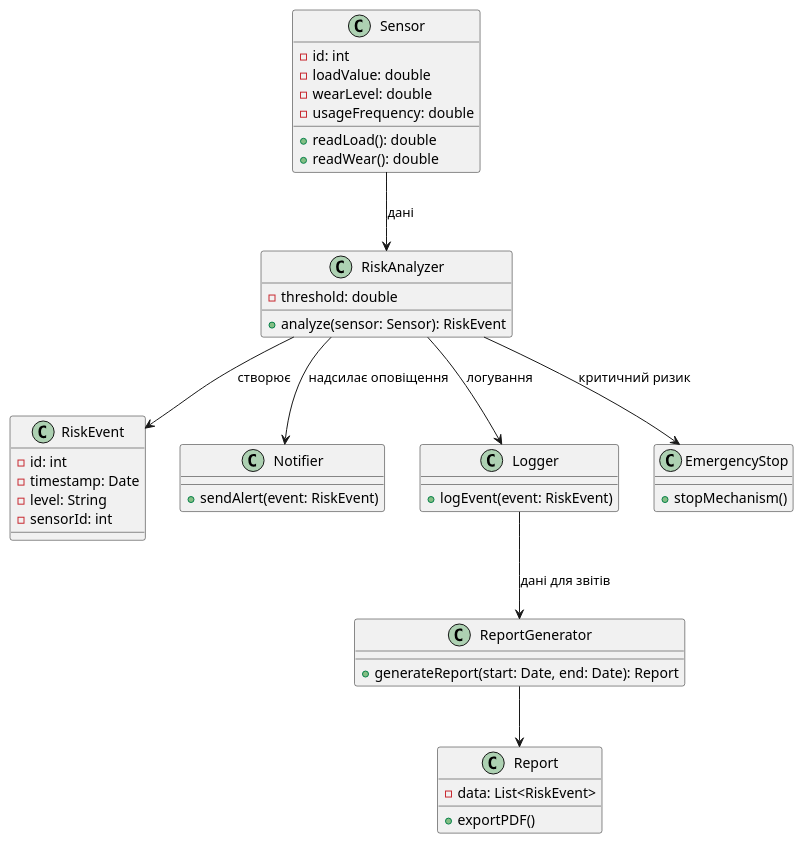
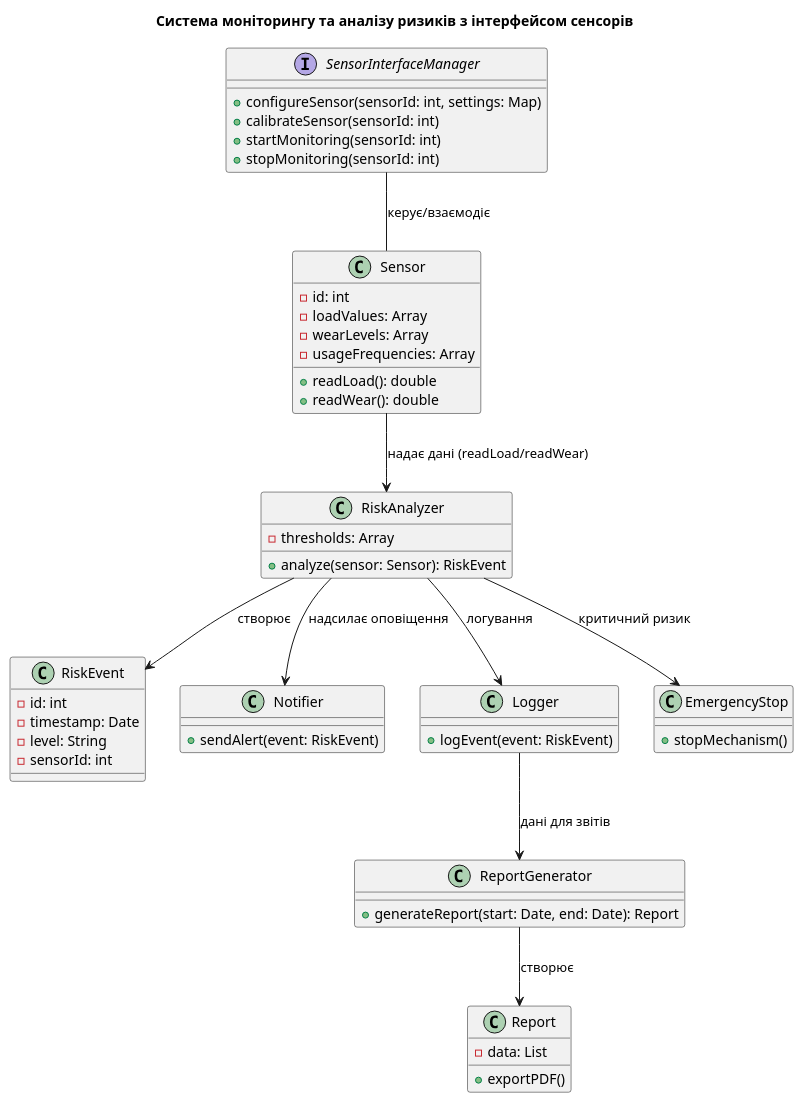
The diagram in 2-Design/2.1-Design/README.md (olgasolovei/yakusha89-gmail.com), drawn with PlantUML before and after one commit.

```diff
--- a/2-Design/2.1-Design/README.md
+++ b/2-Design/2.1-Design/README.md
@@ -1,61 +1,64 @@
-@startuml
+ @startuml
+title Система моніторингу та аналізу ризиків з інтерфейсом сенсорів
+
+interface SensorInterfaceManager {
+  + configureSensor(sensorId: int, settings: Map)
+  + calibrateSensor(sensorId: int)
+  + startMonitoring(sensorId: int)
+  + stopMonitoring(sensorId: int)
+}
 
 class Sensor {
-    - id: int
-    - loadValue: double
-    - wearLevel: double
-    - usageFrequency: double
-    + readLoad(): double
-    + readWear(): double
+  - id: int
+  - loadValues: Array
+  - wearLevels: Array
+  - usageFrequencies: Array
+  + readLoad(): double
+  + readWear(): double
 }
 
-
 class RiskAnalyzer {
-    - threshold: double
-    + analyze(sensor: Sensor): RiskEvent
+   - thresholds: Array
+  + analyze(sensor: Sensor): RiskEvent
 }
 
-
 class RiskEvent {
-    - id: int
-    - timestamp: Date
-    - level: String
-    - sensorId: int
+  - id: int
+  - timestamp: Date
+  - level: String
+  - sensorId: int
 }
 
-
 class Notifier {
-    + sendAlert(event: RiskEvent)
+  + sendAlert(event: RiskEvent)
 }
 
-
 class Logger {
-    + logEvent(event: RiskEvent)
+  + logEvent(event: RiskEvent)
 }
 
-
 class EmergencyStop {
-    + stopMechanism()
+  + stopMechanism()
 }
 
-
 class ReportGenerator {
-    + generateReport(start: Date, end: Date): Report
+  + generateReport(start: Date, end: Date): Report
 }
 
-
 class Report {
-    - data: List<RiskEvent>
-    + exportPDF()
+  - data: List
+  + exportPDF()
 }
 
+' Зв'язки
+SensorInterfaceManager -- Sensor : керує/взаємодіє
 
-Sensor --> RiskAnalyzer : дані
+Sensor --> RiskAnalyzer : надає дані (readLoad/readWear)
 RiskAnalyzer --> RiskEvent : створює
 RiskAnalyzer --> Notifier : надсилає оповіщення
 RiskAnalyzer --> Logger : логування
 RiskAnalyzer --> EmergencyStop : критичний ризик
 Logger --> ReportGenerator : дані для звітів
-ReportGenerator --> Report
+ReportGenerator --> Report : створює
 
 @enduml
```
